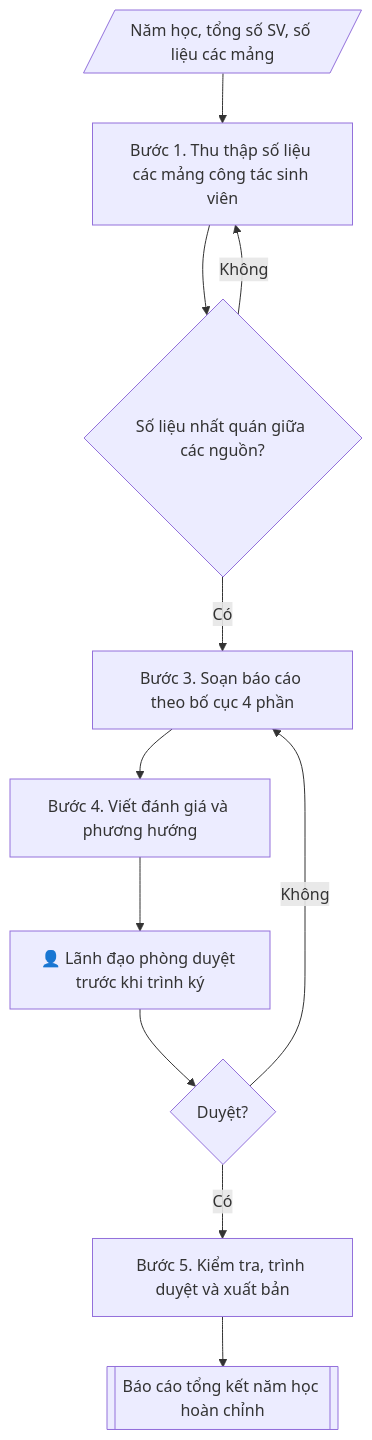
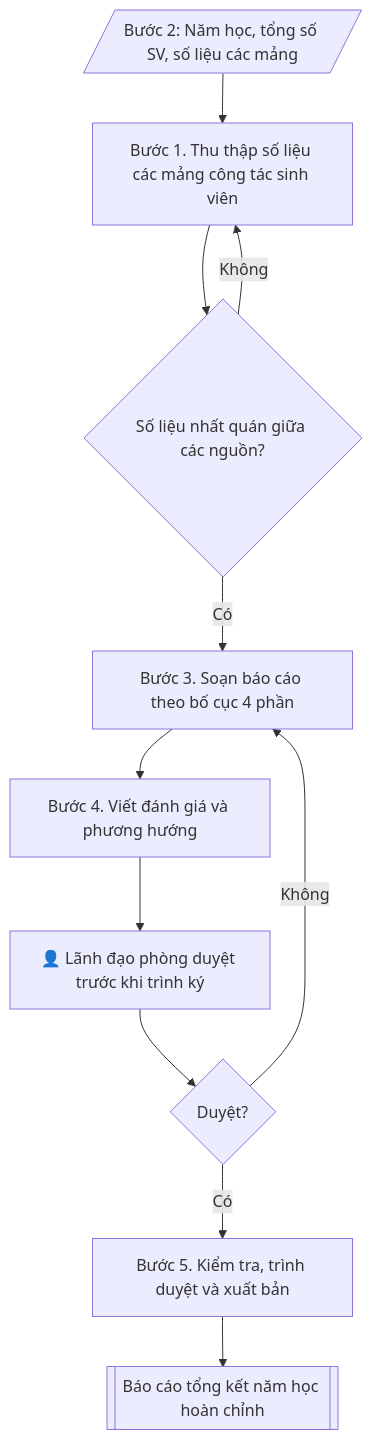
The diagram in skills/bao-cao-ctsv-nam/SKILL.md (phamtruong91/dh-skills), drawn with Mermaid before and after one commit. The commit also changed 124 other files, not shown here.

````diff
--- a/skills/bao-cao-ctsv-nam/SKILL.md
+++ b/skills/bao-cao-ctsv-nam/SKILL.md
@@ -95,14 +95,14 @@
 ```mermaid
 flowchart TD
-    IN[/"Năm học, tổng số SV, số liệu các mảng"/]
+    IN[/"Bước 2: Năm học, tổng số SV, số liệu các mảng"/]
     IN --> A["Bước 1. Thu thập số liệu các mảng công tác sinh viên"]
     A --> B{"Số liệu nhất quán giữa các nguồn?"}
     B -->|Không| A
     B -->|Có| C["Bước 3. Soạn báo cáo theo bố cục 4 phần"]
     C --> D["Bước 4. Viết đánh giá và phương hướng"]
     D --> HG["👤 Lãnh đạo phòng duyệt trước khi trình ký"]
     HG --> E{"Duyệt?"}
     E -->|Không| C
     E -->|Có| F["Bước 5. Kiểm tra, trình duyệt và xuất bản"]
     F --> OUT[["Báo cáo tổng kết năm học hoàn chỉnh"]]
 ```
````
